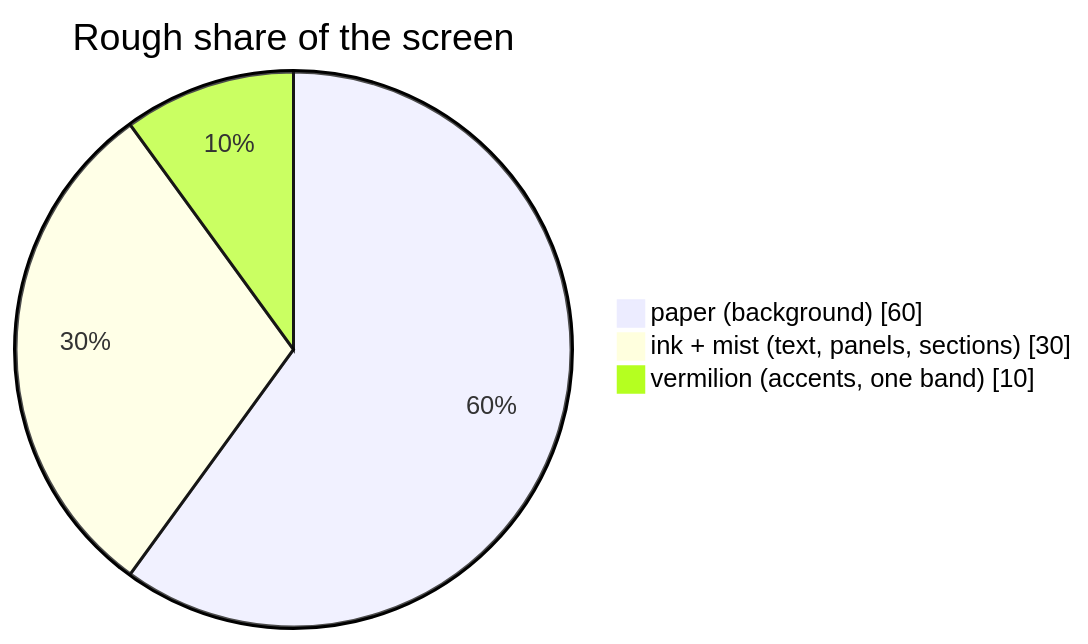
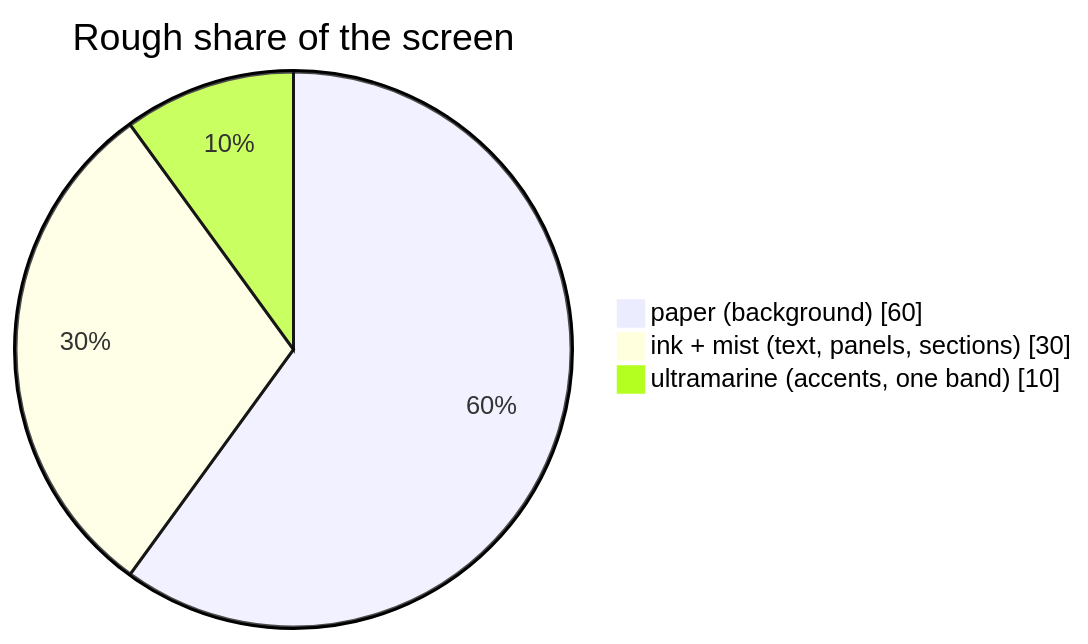
Before and after one commit to PUCTech/rayume: the first of 8 diagrams in docs/design/README.md, drawn with Mermaid. The commit also changed other lines of this file and 13 other files, not shown here.

````diff
--- a/docs/design/README.md
+++ b/docs/design/README.md
@@ -72,7 +77,7 @@
 ```mermaid
 pie showData
   title Rough share of the screen
   "paper (background)" : 60
   "ink + mist (text, panels, sections)" : 30
-  "vermilion (accents, one band)" : 10
+  "ultramarine (accents, one band)" : 10
 ```
````
